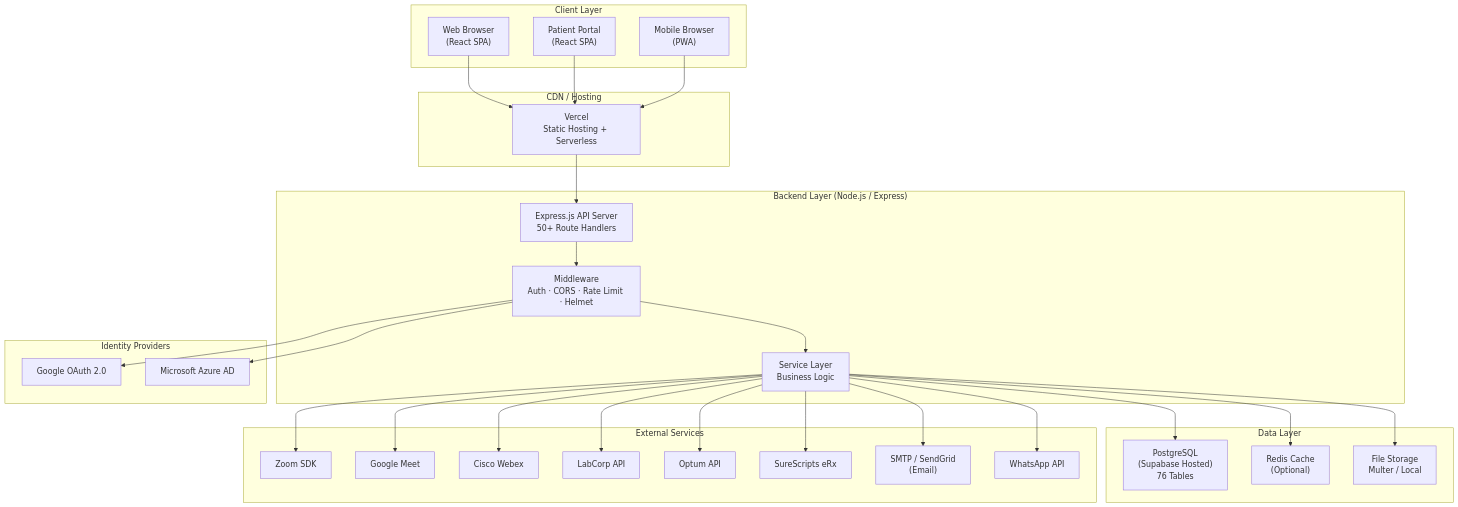
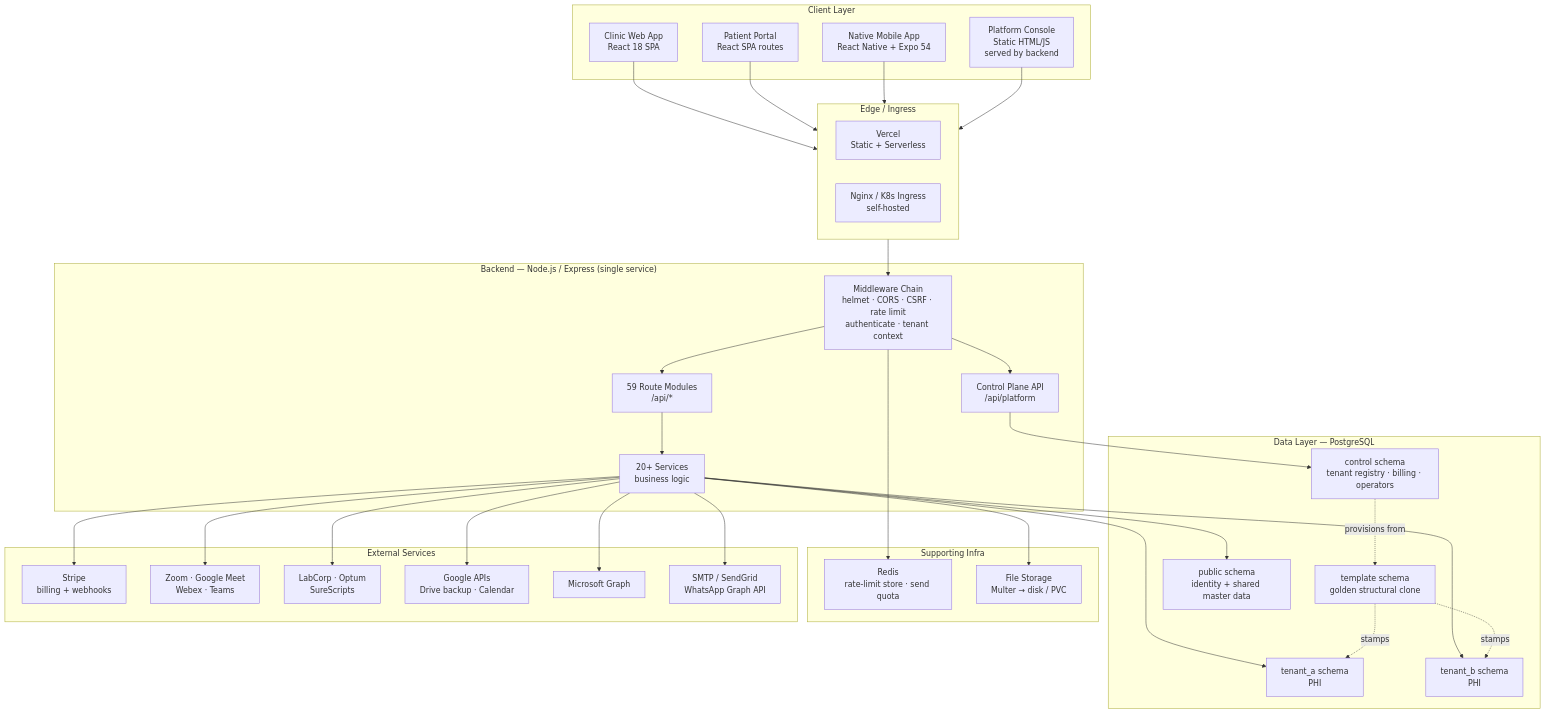
One commit to rajbizchannels/AureonCare changed the first of 19 diagrams in ARCHITECTURE_DIAGRAM.md. Above: the diagram before and after it, drawn with Mermaid. The commit also changed other lines of this file, not shown here.

First line of the commit message:
Update the architecture diagram to match the code as it stands

````diff
--- a/ARCHITECTURE_DIAGRAM.md
+++ b/ARCHITECTURE_DIAGRAM.md
@@ -9,60 +11,67 @@
 ```mermaid
 graph TB
     subgraph Clients["Client Layer"]
-        WEB["Web Browser<br/>(React SPA)"]
-        PATIENT["Patient Portal<br/>(React SPA)"]
-        MOBILE["Mobile Browser<br/>(PWA)"]
+        WEB["Clinic Web App<br/>React 18 SPA"]
+        PORTAL["Patient Portal<br/>React SPA routes"]
+        MOB["Native Mobile App<br/>React Native + Expo 54"]
+        CONSOLE["Platform Console<br/>Static HTML/JS<br/>served by backend"]
     end
 
-    subgraph CDN["CDN / Hosting"]
-        VERCEL["Vercel<br/>Static Hosting + Serverless"]
+    subgraph Edge["Edge / Ingress"]
+        VERCEL["Vercel<br/>Static + Serverless"]
+        NGINX["Nginx / K8s Ingress<br/>self-hosted"]
     end
 
-    subgraph Backend["Backend Layer (Node.js / Express)"]
-        API["Express.js API Server<br/>50+ Route Handlers"]
-        MW["Middleware<br/>Auth · CORS · Rate Limit · Helmet"]
-        SVC["Service Layer<br/>Business Logic"]
+    subgraph Backend["Backend — Node.js / Express (single service)"]
+        MW["Middleware Chain<br/>helmet · CORS · CSRF · rate limit<br/>authenticate · tenant context"]
+        API["59 Route Modules<br/>/api/*"]
+        PLAT["Control Plane API<br/>/api/platform"]
+        SVC["20+ Services<br/>business logic"]
     end
 
-    subgraph Data["Data Layer"]
-        PG["PostgreSQL<br/>(Supabase Hosted)<br/>76 Tables"]
-        REDIS["Redis Cache<br/>(Optional)"]
-        FILES["File Storage<br/>Multer / Local"]
+    subgraph Data["Data Layer — PostgreSQL"]
+        CTRL["control schema<br/>tenant registry · billing · operators"]
+        TPL["template schema<br/>golden structural clone"]
+        T1["tenant_a schema<br/>PHI"]
+        T2["tenant_b schema<br/>PHI"]
+        PUB["public schema<br/>identity + shared master data"]
+    end
+
+    subgraph Infra["Supporting Infra"]
+        REDIS["Redis<br/>rate-limit store · send quota"]
+        FILES["File Storage<br/>Multer → disk / PVC"]
     end
 
     subgraph External["External Services"]
-        ZOOM["Zoom SDK"]
-        GMEET["Google Meet"]
-        WEBEX["Cisco Webex"]
-        LABCORP["LabCorp API"]
-        OPTUM["Optum API"]
-        SURESX["SureScripts eRx"]
-        SMTP["SMTP / SendGrid<br/>(Email)"]
-        WHATSAPP["WhatsApp API"]
+        STRIPE["Stripe<br/>billing + webhooks"]
+        VIDEO["Zoom · Google Meet<br/>Webex · Teams"]
+        VENDOR["LabCorp · Optum<br/>SureScripts"]
+        GOOG["Google APIs<br/>Drive backup · Calendar"]
+        MSGRAPH["Microsoft Graph"]
+        COMMS["SMTP / SendGrid<br/>WhatsApp Graph API"]
     end
 
-    subgraph Auth["Identity Providers"]
-        GOOGLE["Google OAuth 2.0"]
-        MSAZURE["Microsoft Azure AD"]
-    end
-
-    WEB --> VERCEL
-    PATIENT --> VERCEL
-    MOBILE --> VERCEL
-    VERCEL --> API
-    API --> MW
-    MW --> SVC
-    SVC --> PG
-    SVC --> REDIS
+    WEB --> Edge
+    PORTAL --> Edge
+    MOB --> Edge
+    CONSOLE --> Edge
+    Edge --> MW
+    MW --> API
+    MW --> PLAT
+    API --> SVC
+    PLAT --> CTRL
+    SVC --> PUB
+    SVC --> T1
+    SVC --> T2
+    CTRL -.provisions from.-> TPL
+    TPL -.stamps.-> T1
+    TPL -.stamps.-> T2
+    MW --> REDIS
     SVC --> FILES
-    SVC --> ZOOM
-    SVC --> GMEET
-    SVC --> WEBEX
-    SVC --> LABCORP
-    SVC --> OPTUM
-    SVC --> SURESX
-    SVC --> SMTP
-    SVC --> WHATSAPP
-    MW --> GOOGLE
-    MW --> MSAZURE
+    SVC --> STRIPE
+    SVC --> VIDEO
+    SVC --> VENDOR
+    SVC --> GOOG
+    SVC --> MSGRAPH
+    SVC --> COMMS
 ```
````
